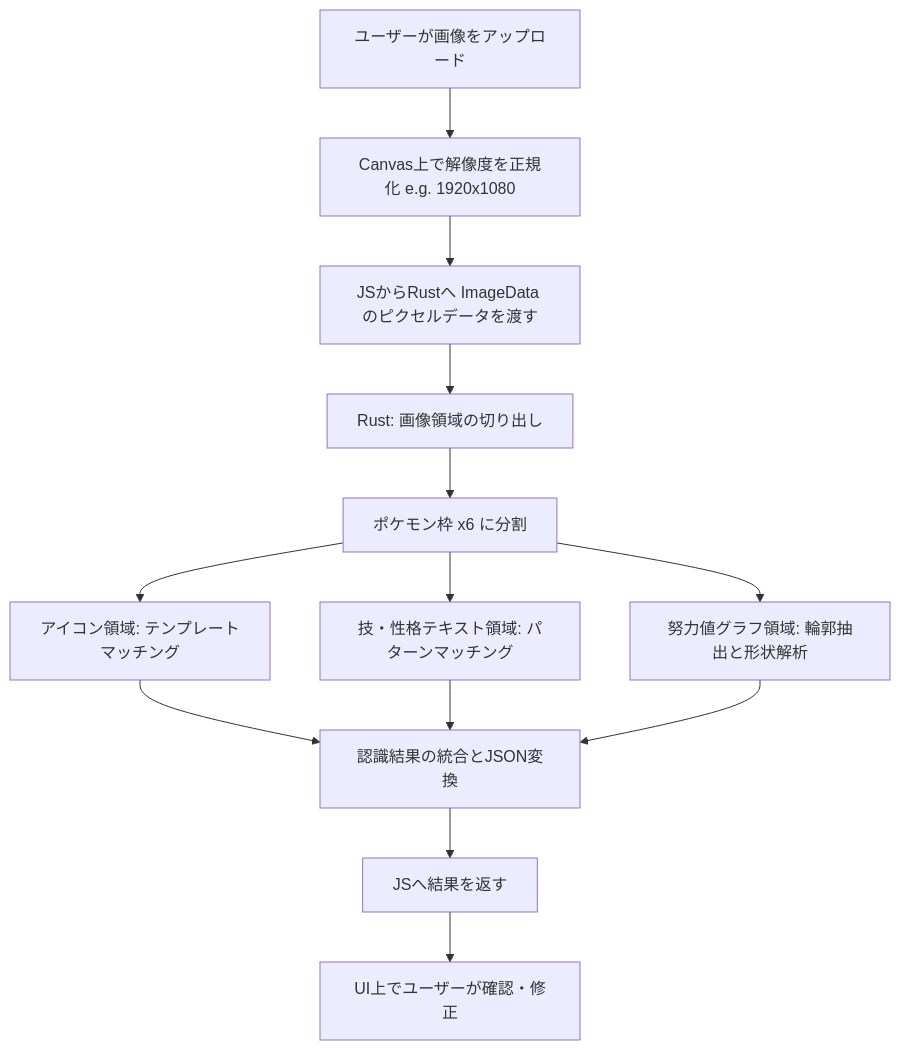
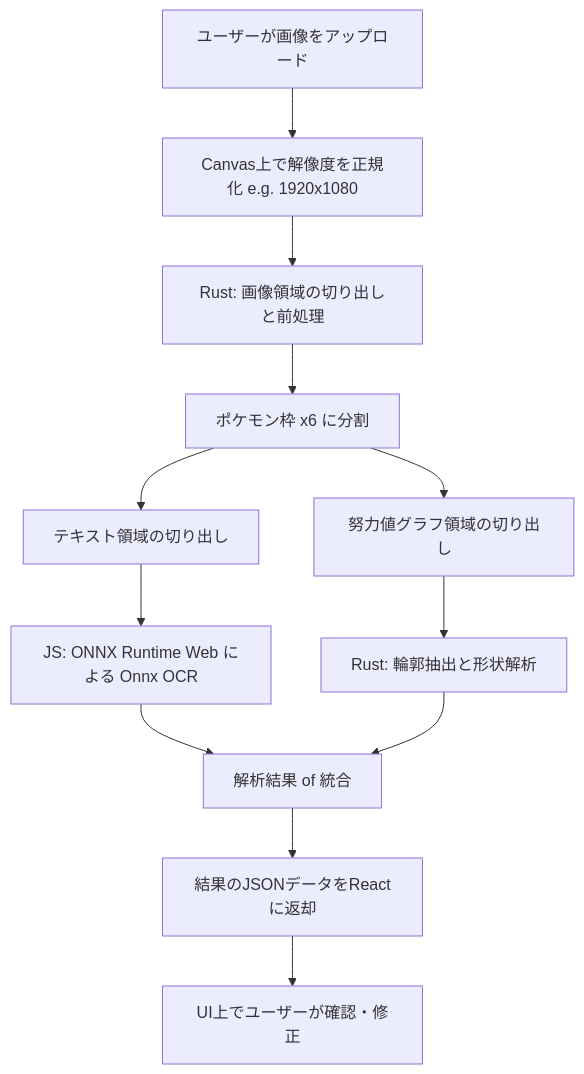
Before and after one commit to ArcCosine/poke-tool: the diagram in plan/04_wasm_image_analysis_design.md, drawn with Mermaid. The commit also changed other lines of this file and 2 other files, not shown here.

Commit message:
docs: integrate ONNX Runtime Web and Onnx OCR into planning documents

````diff
--- a/plan/04_wasm_image_analysis_design.md
+++ b/plan/04_wasm_image_analysis_design.md
@@ -59,15 +56,16 @@
 ```mermaid
 graph TD
     A[ユーザーが画像をアップロード] --> B[Canvas上で解像度を正規化 e.g. 1920x1080]
-    B --> C[JSからRustへ ImageData のピクセルデータを渡す]
-    C --> D[Rust: 画像領域の切り出し]
-    D --> E1[ポケモン枠 x6 に分割]
-    E1 --> F1[アイコン領域: テンプレートマッチング]
-    E1 --> F2[技・性格テキスト領域: パターンマッチング]
-    E1 --> F3[努力値グラフ領域: 輪郭抽出と形状解析]
-    F1 --> G[認識結果の統合とJSON変換]
+    B --> C[Rust: 画像領域の切り出しと前処理]
+    C --> D1[ポケモン枠 x6 に分割]
+    D1 --> E1[テキスト領域の切り出し]
+    D1 --> E2[努力値グラフ領域の切り出し]
+    
+    E1 --> F1[JS: ONNX Runtime Web による Onnx OCR]
+    E2 --> F2[Rust: 輪郭抽出と形状解析]
+    
+    F1 --> G[解析結果 of 統合]
     F2 --> G
-    F3 --> G
-    G --> H[JSへ結果を返す]
+    G --> H[結果のJSONデータをReactに返却]
     H --> I[UI上でユーザーが確認・修正]
 ```
````
